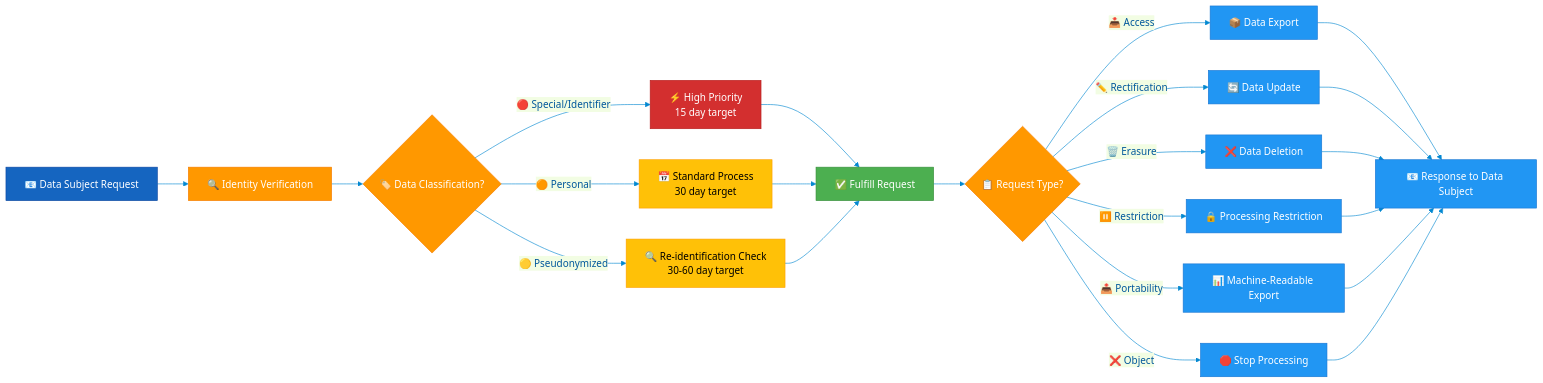
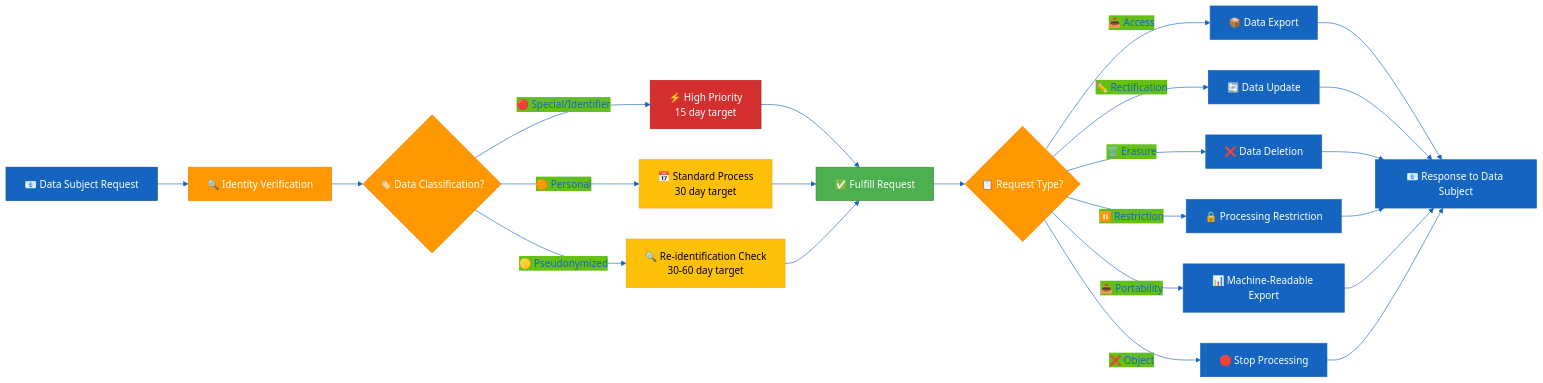
The tenth of 10 diagrams in Data_Classification_Policy.md (Hack23/ISMS-PUBLIC), drawn with Mermaid before and after one commit. The commit also changed other lines of this file and 35 other files, not shown here.

````diff
--- a/Data_Classification_Policy.md
+++ b/Data_Classification_Policy.md
@@ -943,54 +943,54 @@
 ```mermaid
 %%{
   init: {
     'theme': 'base',
     'themeVariables': {
-      'primaryColor': '#e3f2fd',
-      'primaryTextColor': '#01579b',
-      'lineColor': '#0288d1'
+      'primaryColor': '#1565C0',
+      'primaryTextColor': '#1565C0',
+      'lineColor': '#1565C0'
     }
   }
 }%%
 flowchart LR
     REQUEST[📧 Data Subject Request] --> VERIFY[🔍 Identity Verification]
     
     VERIFY --> CLASSIFY{🏷️ Data Classification?}
     
     CLASSIFY -->|🔴 Special/Identifier| PRIORITY[⚡ High Priority<br/>15 day target]
     CLASSIFY -->|🟠 Personal| STANDARD[📅 Standard Process<br/>30 day target]
     CLASSIFY -->|🟡 Pseudonymized| COMPLEX[🔍 Re-identification Check<br/>30-60 day target]
     
     PRIORITY --> FULFILL[✅ Fulfill Request]
     STANDARD --> FULFILL
     COMPLEX --> FULFILL
     
     FULFILL --> ACCESS{📋 Request Type?}
     
     ACCESS -->|📥 Access| EXPORT[📦 Data Export]
     ACCESS -->|✏️ Rectification| UPDATE[🔄 Data Update]
     ACCESS -->|🗑️ Erasure| DELETE[❌ Data Deletion]
     ACCESS -->|⏸️ Restriction| RESTRICT[🔒 Processing Restriction]
     ACCESS -->|📤 Portability| PORT[📊 Machine-Readable Export]
     ACCESS -->|❌ Object| STOP[🛑 Stop Processing]
     
     EXPORT --> RESPOND[📧 Response to Data Subject]
     UPDATE --> RESPOND
     DELETE --> RESPOND
     RESTRICT --> RESPOND
     PORT --> RESPOND
     STOP --> RESPOND
     
     classDef requestStyle fill:#1565C0,stroke:#0D47A1,color:#fff
     classDef verifyStyle fill:#FF9800,stroke:#F57C00,color:#fff
     classDef priorityStyle fill:#D32F2F,stroke:#B71C1C,color:#fff
     classDef standardStyle fill:#FFC107,stroke:#FFA000,color:#000
     classDef actionStyle fill:#4CAF50,stroke:#388E3C,color:#fff
-    classDef respondStyle fill:#2196F3,stroke:#1976D2,color:#fff
+    classDef respondStyle fill:#1565C0,stroke:#1565C0,color:#fff
     
     class REQUEST requestStyle
     class VERIFY,CLASSIFY,ACCESS verifyStyle
     class PRIORITY priorityStyle
     class STANDARD,COMPLEX standardStyle
     class FULFILL actionStyle
     class EXPORT,UPDATE,DELETE,RESTRICT,PORT,STOP,RESPOND respondStyle
 ```
````
